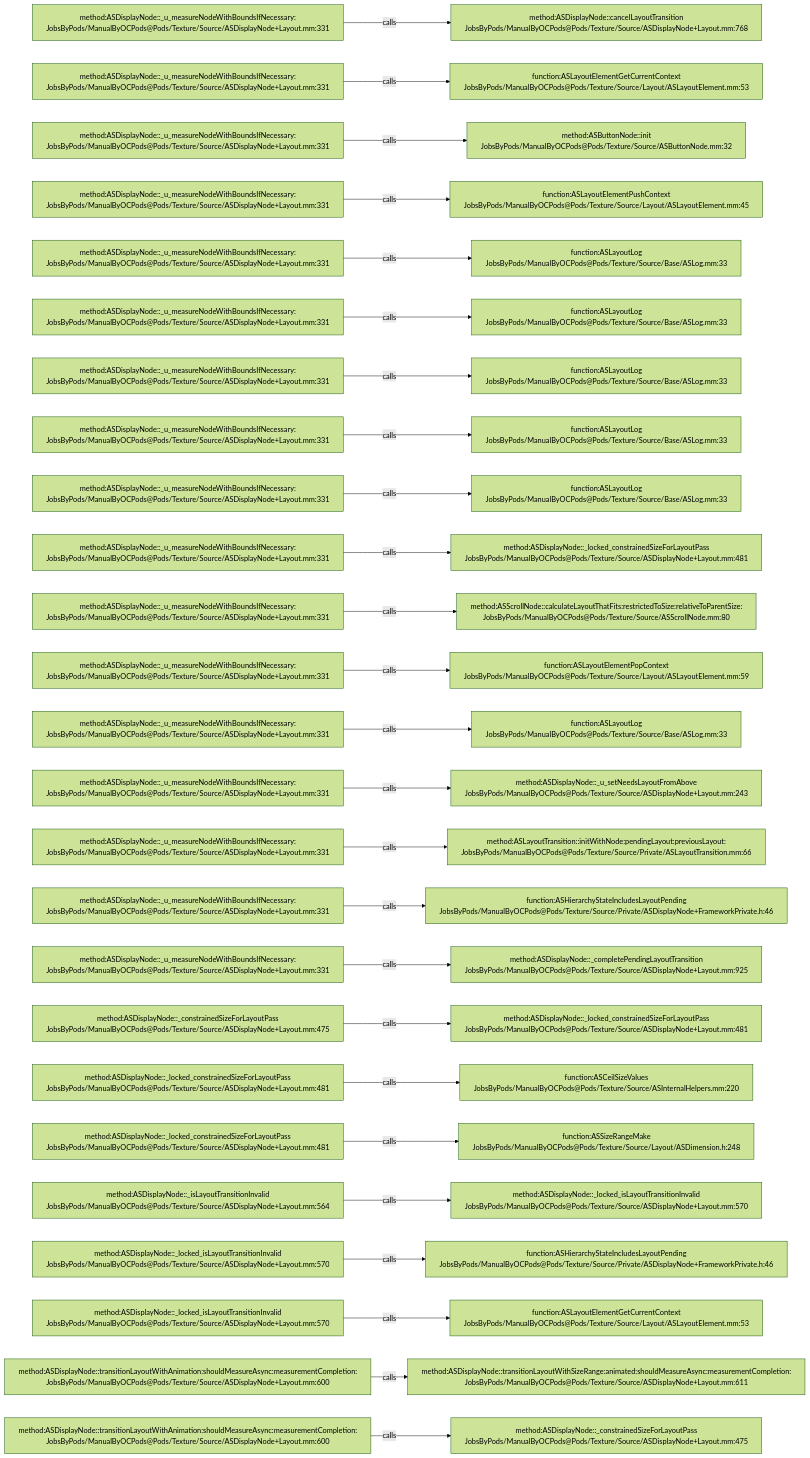
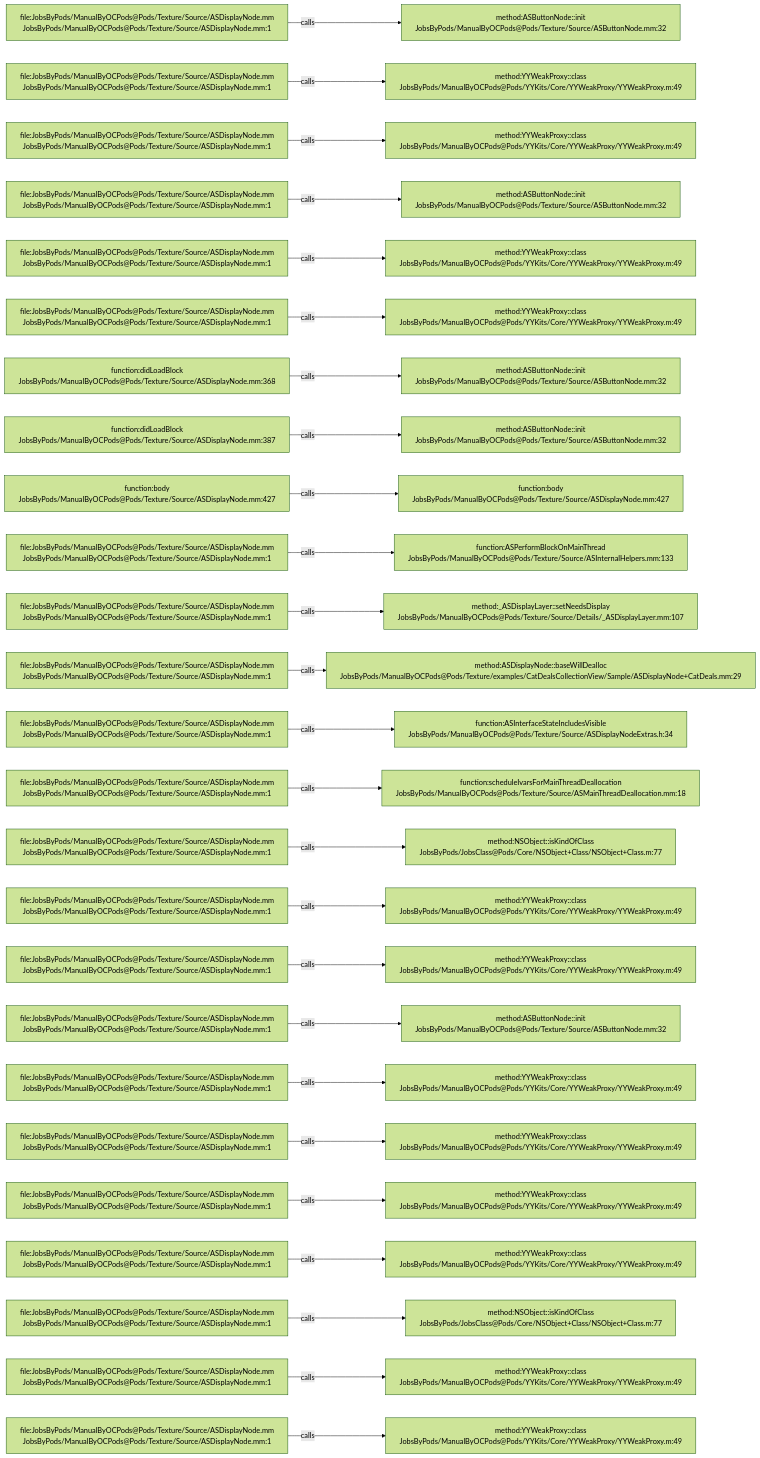
One commit to JobsKits/JobsOCBaseConfigDemo changed the diagram in .codegraph/codegraph.md/graphs/calls-089.md. Above: the diagram before and after it, drawn with Mermaid (forest theme). The commit also changed 1448 other files, not shown here.

````diff
--- a/.codegraph/codegraph.md/graphs/calls-089.md
+++ b/.codegraph/codegraph.md/graphs/calls-089.md
@@ -13,78 +13,78 @@
 ```mermaid
 flowchart LR
-  S1["method:ASDisplayNode::_u_measureNodeWithBoundsIfNecessary:<br/>JobsByPods/ManualByOCPods@Pods/Texture/Source/ASDisplayNode+Layout.mm:331"]
-  T1["method:ASDisplayNode::cancelLayoutTransition<br/>JobsByPods/ManualByOCPods@Pods/Texture/Source/ASDisplayNode+Layout.mm:768"]
+  S1["file:JobsByPods/ManualByOCPods@Pods/Texture/Source/ASDisplayNode.mm<br/>JobsByPods/ManualByOCPods@Pods/Texture/Source/ASDisplayNode.mm:1"]
+  T1["method:ASButtonNode::init<br/>JobsByPods/ManualByOCPods@Pods/Texture/Source/ASButtonNode.mm:32"]
   S1 -->|calls| T1
-  S2["method:ASDisplayNode::_u_measureNodeWithBoundsIfNecessary:<br/>JobsByPods/ManualByOCPods@Pods/Texture/Source/ASDisplayNode+Layout.mm:331"]
-  T2["function:ASLayoutElementGetCurrentContext<br/>JobsByPods/ManualByOCPods@Pods/Texture/Source/Layout/ASLayoutElement.mm:53"]
+  S2["file:JobsByPods/ManualByOCPods@Pods/Texture/Source/ASDisplayNode.mm<br/>JobsByPods/ManualByOCPods@Pods/Texture/Source/ASDisplayNode.mm:1"]
+  T2["method:YYWeakProxy::class<br/>JobsByPods/ManualByOCPods@Pods/YYKits/Core/YYWeakProxy/YYWeakProxy.m:49"]
   S2 -->|calls| T2
-  S3["method:ASDisplayNode::_u_measureNodeWithBoundsIfNecessary:<br/>JobsByPods/ManualByOCPods@Pods/Texture/Source/ASDisplayNode+Layout.mm:331"]
-  T3["method:ASButtonNode::init<br/>JobsByPods/ManualByOCPods@Pods/Texture/Source/ASButtonNode.mm:32"]
+  S3["file:JobsByPods/ManualByOCPods@Pods/Texture/Source/ASDisplayNode.mm<br/>JobsByPods/ManualByOCPods@Pods/Texture/Source/ASDisplayNode.mm:1"]
+  T3["method:YYWeakProxy::class<br/>JobsByPods/ManualByOCPods@Pods/YYKits/Core/YYWeakProxy/YYWeakProxy.m:49"]
   S3 -->|calls| T3
-  S4["method:ASDisplayNode::_u_measureNodeWithBoundsIfNecessary:<br/>JobsByPods/ManualByOCPods@Pods/Texture/Source/ASDisplayNode+Layout.mm:331"]
-  T4["function:ASLayoutElementPushContext<br/>JobsByPods/ManualByOCPods@Pods/Texture/Source/Layout/ASLayoutElement.mm:45"]
+  S4["file:JobsByPods/ManualByOCPods@Pods/Texture/Source/ASDisplayNode.mm<br/>JobsByPods/ManualByOCPods@Pods/Texture/Source/ASDisplayNode.mm:1"]
+  T4["method:ASButtonNode::init<br/>JobsByPods/ManualByOCPods@Pods/Texture/Source/ASButtonNode.mm:32"]
   S4 -->|calls| T4
-  S5["method:ASDisplayNode::_u_measureNodeWithBoundsIfNecessary:<br/>JobsByPods/ManualByOCPods@Pods/Texture/Source/ASDisplayNode+Layout.mm:331"]
-  T5["function:ASLayoutLog<br/>JobsByPods/ManualByOCPods@Pods/Texture/Source/Base/ASLog.mm:33"]
+  S5["file:JobsByPods/ManualByOCPods@Pods/Texture/Source/ASDisplayNode.mm<br/>JobsByPods/ManualByOCPods@Pods/Texture/Source/ASDisplayNode.mm:1"]
+  T5["method:YYWeakProxy::class<br/>JobsByPods/ManualByOCPods@Pods/YYKits/Core/YYWeakProxy/YYWeakProxy.m:49"]
   S5 -->|calls| T5
-  S6["method:ASDisplayNode::_u_measureNodeWithBoundsIfNecessary:<br/>JobsByPods/ManualByOCPods@Pods/Texture/Source/ASDisplayNode+Layout.mm:331"]
-  T6["function:ASLayoutLog<br/>JobsByPods/ManualByOCPods@Pods/Texture/Source/Base/ASLog.mm:33"]
+  S6["file:JobsByPods/ManualByOCPods@Pods/Texture/Source/ASDisplayNode.mm<br/>JobsByPods/ManualByOCPods@Pods/Texture/Source/ASDisplayNode.mm:1"]
+  T6["method:YYWeakProxy::class<br/>JobsByPods/ManualByOCPods@Pods/YYKits/Core/YYWeakProxy/YYWeakProxy.m:49"]
   S6 -->|calls| T6
-  S7["method:ASDisplayNode::_u_measureNodeWithBoundsIfNecessary:<br/>JobsByPods/ManualByOCPods@Pods/Texture/Source/ASDisplayNode+Layout.mm:331"]
-  T7["function:ASLayoutLog<br/>JobsByPods/ManualByOCPods@Pods/Texture/Source/Base/ASLog.mm:33"]
+  S7["function:didLoadBlock<br/>JobsByPods/ManualByOCPods@Pods/Texture/Source/ASDisplayNode.mm:368"]
+  T7["method:ASButtonNode::init<br/>JobsByPods/ManualByOCPods@Pods/Texture/Source/ASButtonNode.mm:32"]
   S7 -->|calls| T7
-  S8["method:ASDisplayNode::_u_measureNodeWithBoundsIfNecessary:<br/>JobsByPods/ManualByOCPods@Pods/Texture/Source/ASDisplayNode+Layout.mm:331"]
-  T8["function:ASLayoutLog<br/>JobsByPods/ManualByOCPods@Pods/Texture/Source/Base/ASLog.mm:33"]
+  S8["function:didLoadBlock<br/>JobsByPods/ManualByOCPods@Pods/Texture/Source/ASDisplayNode.mm:387"]
+  T8["method:ASButtonNode::init<br/>JobsByPods/ManualByOCPods@Pods/Texture/Source/ASButtonNode.mm:32"]
   S8 -->|calls| T8
-  S9["method:ASDisplayNode::_u_measureNodeWithBoundsIfNecessary:<br/>JobsByPods/ManualByOCPods@Pods/Texture/Source/ASDisplayNode+Layout.mm:331"]
-  T9["function:ASLayoutLog<br/>JobsByPods/ManualByOCPods@Pods/Texture/Source/Base/ASLog.mm:33"]
+  S9["function:body<br/>JobsByPods/ManualByOCPods@Pods/Texture/Source/ASDisplayNode.mm:427"]
+  T9["function:body<br/>JobsByPods/ManualByOCPods@Pods/Texture/Source/ASDisplayNode.mm:427"]
   S9 -->|calls| T9
-  S10["method:ASDisplayNode::_u_measureNodeWithBoundsIfNecessary:<br/>JobsByPods/ManualByOCPods@Pods/Texture/Source/ASDisplayNode+Layout.mm:331"]
-  T10["method:ASDisplayNode::_locked_constrainedSizeForLayoutPass<br/>JobsByPods/ManualByOCPods@Pods/Texture/Source/ASDisplayNode+Layout.mm:481"]
+  S10["file:JobsByPods/ManualByOCPods@Pods/Texture/Source/ASDisplayNode.mm<br/>JobsByPods/ManualByOCPods@Pods/Texture/Source/ASDisplayNode.mm:1"]
+  T10["function:ASPerformBlockOnMainThread<br/>JobsByPods/ManualByOCPods@Pods/Texture/Source/ASInternalHelpers.mm:133"]
   S10 -->|calls| T10
-  S11["method:ASDisplayNode::_u_measureNodeWithBoundsIfNecessary:<br/>JobsByPods/ManualByOCPods@Pods/Texture/Source/ASDisplayNode+Layout.mm:331"]
-  T11["method:ASScrollNode::calculateLayoutThatFits:restrictedToSize:relativeToParentSize:<br/>JobsByPods/ManualByOCPods@Pods/Texture/Source/ASScrollNode.mm:80"]
+  S11["file:JobsByPods/ManualByOCPods@Pods/Texture/Source/ASDisplayNode.mm<br/>JobsByPods/ManualByOCPods@Pods/Texture/Source/ASDisplayNode.mm:1"]
+  T11["method:_ASDisplayLayer::setNeedsDisplay<br/>JobsByPods/ManualByOCPods@Pods/Texture/Source/Details/_ASDisplayLayer.mm:107"]
   S11 -->|calls| T11
-  S12["method:ASDisplayNode::_u_measureNodeWithBoundsIfNecessary:<br/>JobsByPods/ManualByOCPods@Pods/Texture/Source/ASDisplayNode+Layout.mm:331"]
-  T12["function:ASLayoutElementPopContext<br/>JobsByPods/ManualByOCPods@Pods/Texture/Source/Layout/ASLayoutElement.mm:59"]
+  S12["file:JobsByPods/ManualByOCPods@Pods/Texture/Source/ASDisplayNode.mm<br/>JobsByPods/ManualByOCPods@Pods/Texture/Source/ASDisplayNode.mm:1"]
+  T12["method:ASDisplayNode::baseWillDealloc<br/>JobsByPods/ManualByOCPods@Pods/Texture/examples/CatDealsCollectionView/Sample/ASDisplayNode+CatDeals.mm:29"]
   S12 -->|calls| T12
-  S13["method:ASDisplayNode::_u_measureNodeWithBoundsIfNecessary:<br/>JobsByPods/ManualByOCPods@Pods/Texture/Source/ASDisplayNode+Layout.mm:331"]
-  T13["function:ASLayoutLog<br/>JobsByPods/ManualByOCPods@Pods/Texture/Source/Base/ASLog.mm:33"]
+  S13["file:JobsByPods/ManualByOCPods@Pods/Texture/Source/ASDisplayNode.mm<br/>JobsByPods/ManualByOCPods@Pods/Texture/Source/ASDisplayNode.mm:1"]
+  T13["function:ASInterfaceStateIncludesVisible<br/>JobsByPods/ManualByOCPods@Pods/Texture/Source/ASDisplayNodeExtras.h:34"]
   S13 -->|calls| T13
-  S14["method:ASDisplayNode::_u_measureNodeWithBoundsIfNecessary:<br/>JobsByPods/ManualByOCPods@Pods/Texture/Source/ASDisplayNode+Layout.mm:331"]
-  T14["method:ASDisplayNode::_u_setNeedsLayoutFromAbove<br/>JobsByPods/ManualByOCPods@Pods/Texture/Source/ASDisplayNode+Layout.mm:243"]
+  S14["file:JobsByPods/ManualByOCPods@Pods/Texture/Source/ASDisplayNode.mm<br/>JobsByPods/ManualByOCPods@Pods/Texture/Source/ASDisplayNode.mm:1"]
+  T14["function:scheduleIvarsForMainThreadDeallocation<br/>JobsByPods/ManualByOCPods@Pods/Texture/Source/ASMainThreadDeallocation.mm:18"]
   S14 -->|calls| T14
-  S15["method:ASDisplayNode::_u_measureNodeWithBoundsIfNecessary:<br/>JobsByPods/ManualByOCPods@Pods/Texture/Source/ASDisplayNode+Layout.mm:331"]
-  T15["method:ASLayoutTransition::initWithNode:pendingLayout:previousLayout:<br/>JobsByPods/ManualByOCPods@Pods/Texture/Source/Private/ASLayoutTransition.mm:66"]
+  S15["file:JobsByPods/ManualByOCPods@Pods/Texture/Source/ASDisplayNode.mm<br/>JobsByPods/ManualByOCPods@Pods/Texture/Source/ASDisplayNode.mm:1"]
+  T15["method:NSObject::isKindOfClass<br/>JobsByPods/JobsClass@Pods/Core/NSObject+Class/NSObject+Class.m:77"]
   S15 -->|calls| T15
-  S16["method:ASDisplayNode::_u_measureNodeWithBoundsIfNecessary:<br/>JobsByPods/ManualByOCPods@Pods/Texture/Source/ASDisplayNode+Layout.mm:331"]
-  T16["function:ASHierarchyStateIncludesLayoutPending<br/>JobsByPods/ManualByOCPods@Pods/Texture/Source/Private/ASDisplayNode+FrameworkPrivate.h:46"]
+  S16["file:JobsByPods/ManualByOCPods@Pods/Texture/Source/ASDisplayNode.mm<br/>JobsByPods/ManualByOCPods@Pods/Texture/Source/ASDisplayNode.mm:1"]
+  T16["method:YYWeakProxy::class<br/>JobsByPods/ManualByOCPods@Pods/YYKits/Core/YYWeakProxy/YYWeakProxy.m:49"]
   S16 -->|calls| T16
-  S17["method:ASDisplayNode::_u_measureNodeWithBoundsIfNecessary:<br/>JobsByPods/ManualByOCPods@Pods/Texture/Source/ASDisplayNode+Layout.mm:331"]
-  T17["method:ASDisplayNode::_completePendingLayoutTransition<br/>JobsByPods/ManualByOCPods@Pods/Texture/Source/ASDisplayNode+Layout.mm:925"]
+  S17["file:JobsByPods/ManualByOCPods@Pods/Texture/Source/ASDisplayNode.mm<br/>JobsByPods/ManualByOCPods@Pods/Texture/Source/ASDisplayNode.mm:1"]
+  T17["method:YYWeakProxy::class<br/>JobsByPods/ManualByOCPods@Pods/YYKits/Core/YYWeakProxy/YYWeakProxy.m:49"]
   S17 -->|calls| T17
-  S18["method:ASDisplayNode::_constrainedSizeForLayoutPass<br/>JobsByPods/ManualByOCPods@Pods/Texture/Source/ASDisplayNode+Layout.mm:475"]
-  T18["method:ASDisplayNode::_locked_constrainedSizeForLayoutPass<br/>JobsByPods/ManualByOCPods@Pods/Texture/Source/ASDisplayNode+Layout.mm:481"]
+  S18["file:JobsByPods/ManualByOCPods@Pods/Texture/Source/ASDisplayNode.mm<br/>JobsByPods/ManualByOCPods@Pods/Texture/Source/ASDisplayNode.mm:1"]
+  T18["method:ASButtonNode::init<br/>JobsByPods/ManualByOCPods@Pods/Texture/Source/ASButtonNode.mm:32"]
   S18 -->|calls| T18
-  S19["method:ASDisplayNode::_locked_constrainedSizeForLayoutPass<br/>JobsByPods/ManualByOCPods@Pods/Texture/Source/ASDisplayNode+Layout.mm:481"]
-  T19["function:ASCeilSizeValues<br/>JobsByPods/ManualByOCPods@Pods/Texture/Source/ASInternalHelpers.mm:220"]
+  S19["file:JobsByPods/ManualByOCPods@Pods/Texture/Source/ASDisplayNode.mm<br/>JobsByPods/ManualByOCPods@Pods/Texture/Source/ASDisplayNode.mm:1"]
+  T19["method:YYWeakProxy::class<br/>JobsByPods/ManualByOCPods@Pods/YYKits/Core/YYWeakProxy/YYWeakProxy.m:49"]
   S19 -->|calls| T19
-  S20["method:ASDisplayNode::_locked_constrainedSizeForLayoutPass<br/>JobsByPods/ManualByOCPods@Pods/Texture/Source/ASDisplayNode+Layout.mm:481"]
-  T20["function:ASSizeRangeMake<br/>JobsByPods/ManualByOCPods@Pods/Texture/Source/Layout/ASDimension.h:248"]
+  S20["file:JobsByPods/ManualByOCPods@Pods/Texture/Source/ASDisplayNode.mm<br/>JobsByPods/ManualByOCPods@Pods/Texture/Source/ASDisplayNode.mm:1"]
+  T20["method:YYWeakProxy::class<br/>JobsByPods/ManualByOCPods@Pods/YYKits/Core/YYWeakProxy/YYWeakProxy.m:49"]
   S20 -->|calls| T20
-  S21["method:ASDisplayNode::_isLayoutTransitionInvalid<br/>JobsByPods/ManualByOCPods@Pods/Texture/Source/ASDisplayNode+Layout.mm:564"]
-  T21["method:ASDisplayNode::_locked_isLayoutTransitionInvalid<br/>JobsByPods/ManualByOCPods@Pods/Texture/Source/ASDisplayNode+Layout.mm:570"]
+  S21["file:JobsByPods/ManualByOCPods@Pods/Texture/Source/ASDisplayNode.mm<br/>JobsByPods/ManualByOCPods@Pods/Texture/Source/ASDisplayNode.mm:1"]
+  T21["method:YYWeakProxy::class<br/>JobsByPods/ManualByOCPods@Pods/YYKits/Core/YYWeakProxy/YYWeakProxy.m:49"]
   S21 -->|calls| T21
-  S22["method:ASDisplayNode::_locked_isLayoutTransitionInvalid<br/>JobsByPods/ManualByOCPods@Pods/Texture/Source/ASDisplayNode+Layout.mm:570"]
-  T22["function:ASHierarchyStateIncludesLayoutPending<br/>JobsByPods/ManualByOCPods@Pods/Texture/Source/Private/ASDisplayNode+FrameworkPrivate.h:46"]
+  S22["file:JobsByPods/ManualByOCPods@Pods/Texture/Source/ASDisplayNode.mm<br/>JobsByPods/ManualByOCPods@Pods/Texture/Source/ASDisplayNode.mm:1"]
+  T22["method:YYWeakProxy::class<br/>JobsByPods/ManualByOCPods@Pods/YYKits/Core/YYWeakProxy/YYWeakProxy.m:49"]
   S22 -->|calls| T22
-  S23["method:ASDisplayNode::_locked_isLayoutTransitionInvalid<br/>JobsByPods/ManualByOCPods@Pods/Texture/Source/ASDisplayNode+Layout.mm:570"]
-  T23["function:ASLayoutElementGetCurrentContext<br/>JobsByPods/ManualByOCPods@Pods/Texture/Source/Layout/ASLayoutElement.mm:53"]
+  S23["file:JobsByPods/ManualByOCPods@Pods/Texture/Source/ASDisplayNode.mm<br/>JobsByPods/ManualByOCPods@Pods/Texture/Source/ASDisplayNode.mm:1"]
+  T23["method:NSObject::isKindOfClass<br/>JobsByPods/JobsClass@Pods/Core/NSObject+Class/NSObject+Class.m:77"]
   S23 -->|calls| T23
-  S24["method:ASDisplayNode::transitionLayoutWithAnimation:shouldMeasureAsync:measurementCompletion:<br/>JobsByPods/ManualByOCPods@Pods/Texture/Source/ASDisplayNode+Layout.mm:600"]
-  T24["method:ASDisplayNode::transitionLayoutWithSizeRange:animated:shouldMeasureAsync:measurementCompletion:<br/>JobsByPods/ManualByOCPods@Pods/Texture/Source/ASDisplayNode+Layout.mm:611"]
+  S24["file:JobsByPods/ManualByOCPods@Pods/Texture/Source/ASDisplayNode.mm<br/>JobsByPods/ManualByOCPods@Pods/Texture/Source/ASDisplayNode.mm:1"]
+  T24["method:YYWeakProxy::class<br/>JobsByPods/ManualByOCPods@Pods/YYKits/Core/YYWeakProxy/YYWeakProxy.m:49"]
   S24 -->|calls| T24
-  S25["method:ASDisplayNode::transitionLayoutWithAnimation:shouldMeasureAsync:measurementCompletion:<br/>JobsByPods/ManualByOCPods@Pods/Texture/Source/ASDisplayNode+Layout.mm:600"]
-  T25["method:ASDisplayNode::_constrainedSizeForLayoutPass<br/>JobsByPods/ManualByOCPods@Pods/Texture/Source/ASDisplayNode+Layout.mm:475"]
+  S25["file:JobsByPods/ManualByOCPods@Pods/Texture/Source/ASDisplayNode.mm<br/>JobsByPods/ManualByOCPods@Pods/Texture/Source/ASDisplayNode.mm:1"]
+  T25["method:YYWeakProxy::class<br/>JobsByPods/ManualByOCPods@Pods/YYKits/Core/YYWeakProxy/YYWeakProxy.m:49"]
   S25 -->|calls| T25
 ```
````
